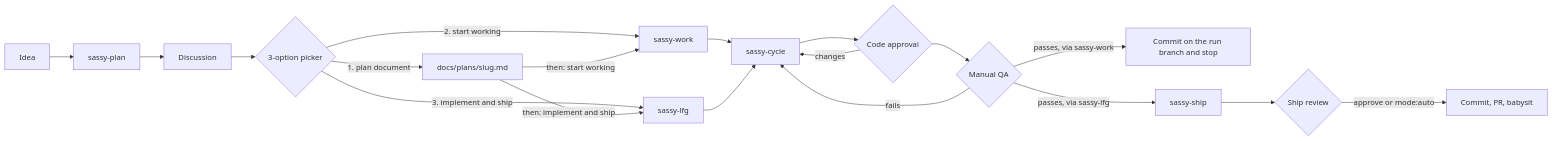
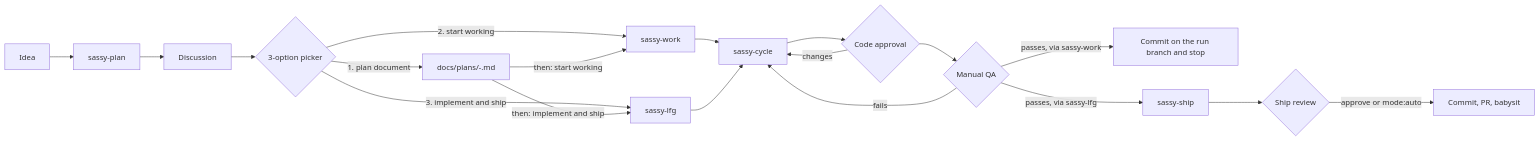
Before and after one commit to sassywares/sassy-skills: the first of 3 diagrams in README.md, drawn with Mermaid. The commit also changed other lines of this file and 16 other files, not shown here.

````diff
--- a/README.md
+++ b/README.md
@@ -312,21 +312,21 @@
 ```mermaid
 flowchart LR
   A[Idea] --> B[sassy-plan]
   B --> C[Discussion]
   C --> D{3-option picker}
-  D -->|1. plan document| E[docs/plans/slug.md]
+  D -->|1. plan document| E["docs/plans/<type>-<slug>.md"]
   D -->|2. start working| F[sassy-work]
   D -->|3. implement and ship| G[sassy-lfg]
   E -->|then: start working| F
   E -->|then: implement and ship| G
   F --> H[sassy-cycle]
   G --> H
   H --> I{Code approval}
   I -->|changes| H
   I --> Q{Manual QA}
   Q -->|fails| H
   Q -->|passes, via sassy-work| J[Commit on the run branch and stop]
   Q -->|passes, via sassy-lfg| K[sassy-ship]
   K --> L{Ship review}
   L -->|approve or mode:auto| M[Commit, PR, babysit]
 ```
````
